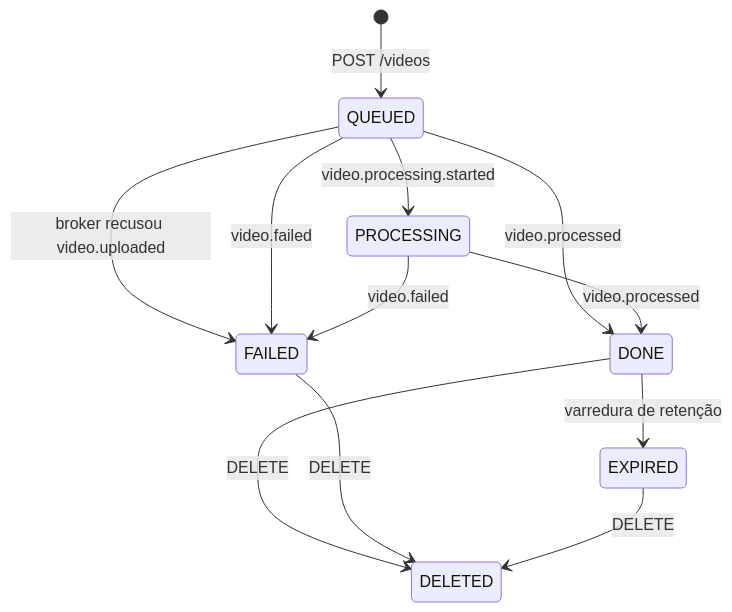
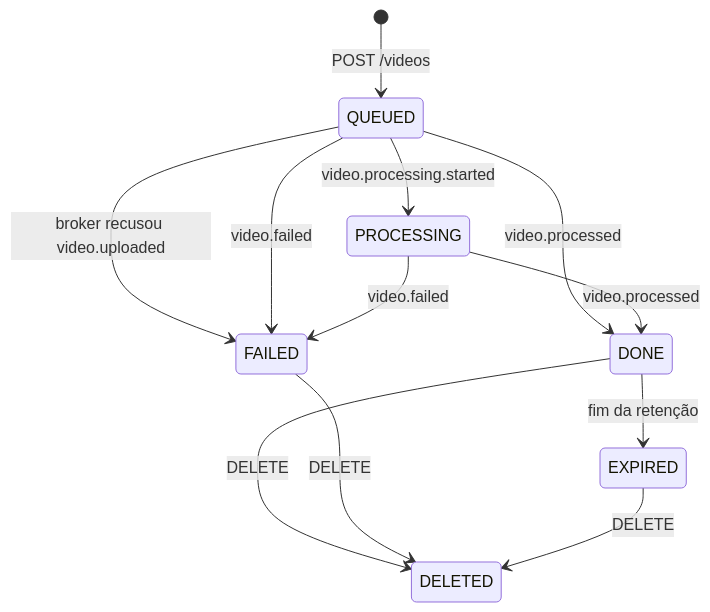
The diagram in docs/architecture/services/video-service.md (knzt/zipframes), drawn with Mermaid before and after one commit. The commit also changed other lines of this file and 24 other files, not shown here.

First line of the commit message:
docs: rewrite the architecture docs and add the missing c4 components (#40)

````diff
--- a/docs/architecture/services/video-service.md
+++ b/docs/architecture/services/video-service.md
@@ -99,14 +25,14 @@
 ```mermaid
 stateDiagram-v2
   [*] --> QUEUED: POST /videos
   QUEUED --> FAILED: broker recusou video.uploaded
   QUEUED --> PROCESSING: video.processing.started
   QUEUED --> DONE: video.processed
   QUEUED --> FAILED: video.failed
   PROCESSING --> DONE: video.processed
   PROCESSING --> FAILED: video.failed
-  DONE --> EXPIRED: varredura de retenção
+  DONE --> EXPIRED: fim da retenção
   DONE --> DELETED: DELETE
   FAILED --> DELETED: DELETE
   EXPIRED --> DELETED: DELETE
 ```
````
